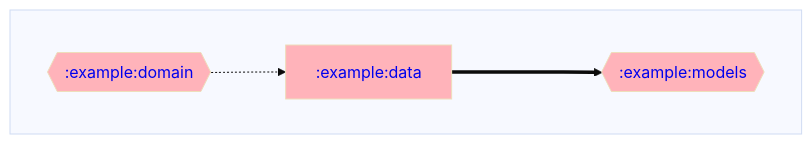
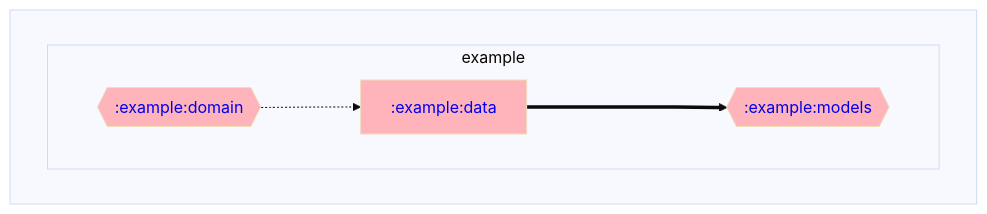
One commit to adityabhaskar/Gradle-dependency-graphs changed the diagram in example/data/dependencyGraph.md. Above: the diagram before and after it, drawn with Mermaid. The commit also changed 15 other files, not shown here.

Commit message:
Updated dependency graphs

````diff
--- a/example/data/dependencyGraph.md
+++ b/example/data/dependencyGraph.md
@@ -1,24 +1,28 @@
 ```mermaid
 %%{ init: { 'theme': 'base' } }%%
 graph LR;
 
 %% Styling for module nodes by type
 classDef rootNode stroke-width:4px;
 classDef mppNode fill:#ffd2b3,color:#333333;
 classDef andNode fill:#baffc9,color:#333333;
 classDef javaNode fill:#ffb3ba,color:#333333;
 
 %% Modules
 subgraph  
   direction LR;
-  :example:data[<a href='https://github.com/adityabhaskar/Gradle-dependency-graphs/blob/main/example/data/dependencyGraph.md' style='text-decoration:auto'>:example:data</a>]:::javaNode;
-  :example:domain{{<a href='https://github.com/adityabhaskar/Gradle-dependency-graphs/blob/main/example/domain/dependencyGraph.md' style='text-decoration:auto'>:example:domain</a>}}:::javaNode;
-  :example:models{{<a href='https://github.com/adityabhaskar/Gradle-dependency-graphs/blob/main/example/models/dependencyGraph.md' style='text-decoration:auto'>:example:models</a>}}:::javaNode;
+
+  subgraph example
+    direction LR;
+    :example:data[<a href='https://github.com/adityabhaskar/Gradle-dependency-graphs/blob/main/example/data/dependencyGraph.md' style='text-decoration:auto'>:example:data</a>]:::javaNode;
+    :example:domain{{<a href='https://github.com/adityabhaskar/Gradle-dependency-graphs/blob/main/example/domain/dependencyGraph.md' style='text-decoration:auto'>:example:domain</a>}}:::javaNode;
+    :example:models{{<a href='https://github.com/adityabhaskar/Gradle-dependency-graphs/blob/main/example/models/dependencyGraph.md' style='text-decoration:auto'>:example:models</a>}}:::javaNode;
+  end
 end
 
 %% Dependencies
 :example:data===>:example:models
 
 %% Dependents
 :example:domain-.->:example:data
 ```
````
